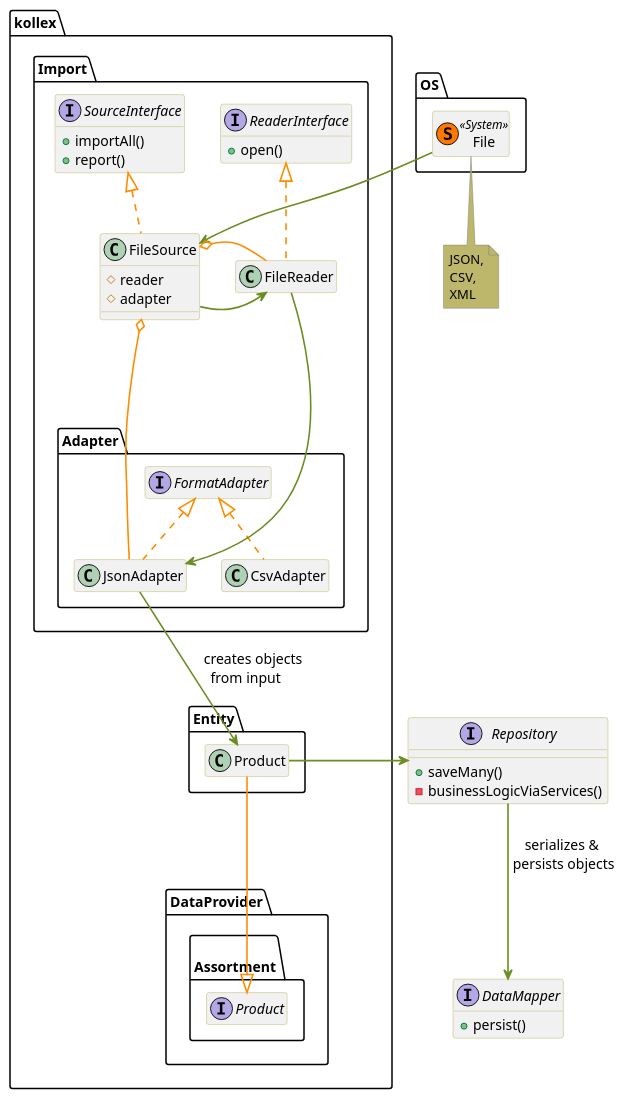
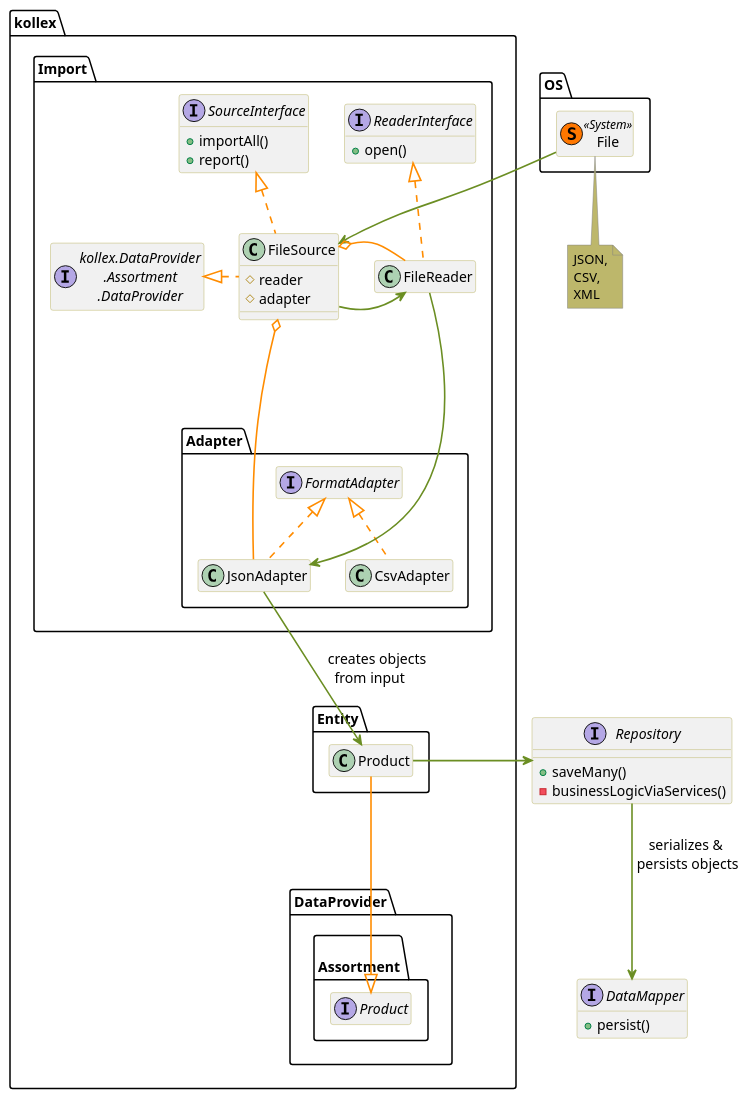
The diagram in doc/import-scenario.class.puml (tox2ik/tmp-challenge-kollex), drawn with PlantUML before and after one commit. The commit also changed 23 other files, not shown here.

```diff
--- a/doc/import-scenario.class.puml
+++ b/doc/import-scenario.class.puml
@@ -1,107 +1,110 @@
 @startuml
 
 ' skinparams begin
 skinparam class {
 	FontColor black
 	FontSize 14
 	FontName "Source Code Pro"
 	BorderColor DarkKhaki
 	ArrowColor DarkOrange
 }
 
 skinparam Arrow {
 	FontSize 14
 	FontName "Source Code Pro"
 	Thickness 1.6
 }
 skinparam PackageFontName "Source Code Pro"
 skinparam NoteBackgroundColor DarkKhaki
 skinparam NoteBorderColor gray
 ' skinparams end
 
 hide members
 
 
 class OS.File << (S,#FF7700) System >>
 
 
 note bottom: JSON,\nCSV,\nXML
 
 package kollex.Import {
 	Class FileReader
 	interface SourceInterface {
 		+ importAll()
 		+ report()
 	}
 	interface ReaderInterface {
 		+ open()
 	}
 
 	OS.File -[#6b8e23]-> FileSource
 	class FileSource {
 		# reader
 		# adapter
 	}
 	show FileSource members
 	show SourceInterface methods
 	show ReaderInterface methods
 
+
+    interface "kollex.DataProvider\n.Assortment\n.DataProvider"  as ProviderI
+    ProviderI <|. FileSource
 	SourceInterface <|.. FileSource
 	ReaderInterface <|.. FileReader
 
 
 	FileSource -[#6b8e23]> FileReader
 
 	FileSource o- FileReader
 }
 
 
 package kollex.Import.Adapter {
 
     class JsonAdapter
     class CsvAdapter
     interface FormatAdapter
 
     FormatAdapter <|.. JsonAdapter
     FormatAdapter <|.. CsvAdapter
 }
 
 FileSource o---- JsonAdapter
 FileReader -[#6b8e23]---> JsonAdapter
 
 package kollex.Entity {
     class Product
 	JsonAdapter -[#6b8e23]-> Product : " creates objects\nfrom input   "
 }
 
 package "kollex.DataProvider.\nAssortment" {
     interface "Product" as ProviderProduct
 }
 Product --|> ProviderProduct
 
 
 interface Repository {
 + saveMany()
 - businessLogicViaServices()
 }
 show Repository members
 
 show DataMapper methods
 interface DataMapper {
 + persist()
 }
 
 
 Product -[#6b8e23]> Repository
 
 
 Repository -[#6b8e23]-> DataMapper : "serializes &\n persists objects"
 
 
 
 
 
 
 
 
 @enduml
```
